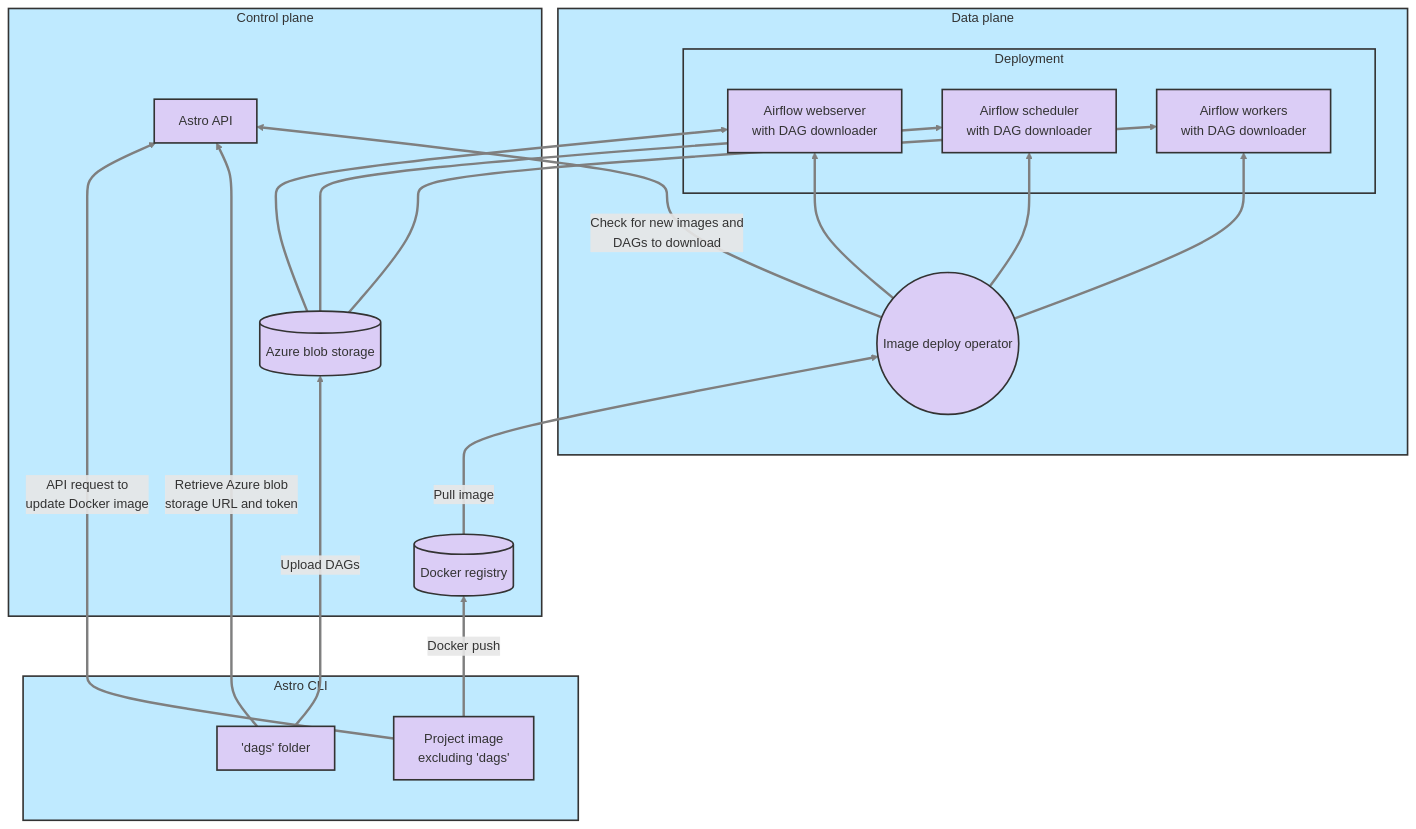
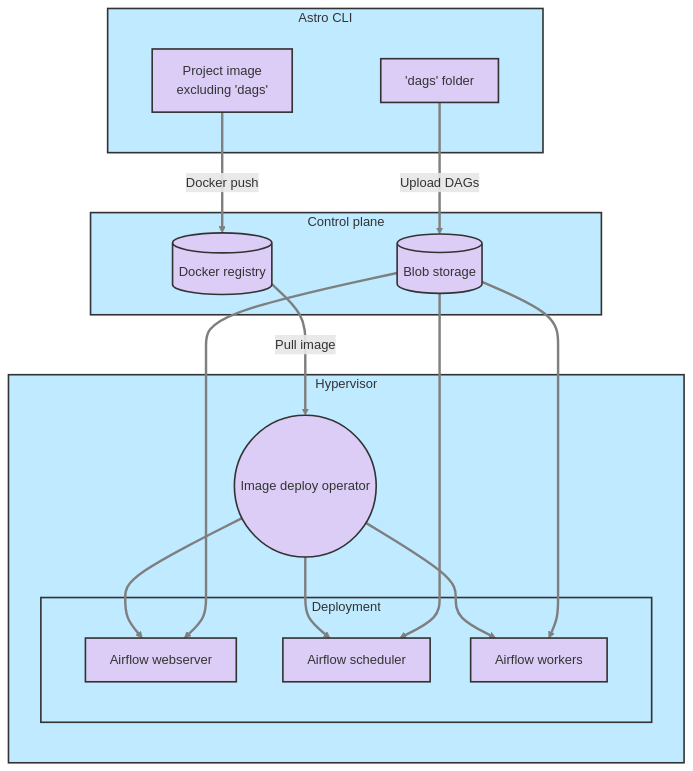
One commit to grahamcarman/docs changed the diagram in astro/deploy-project-image.md. Above: the diagram before and after it, drawn with Mermaid. The commit also changed other lines of this file and 6 other files, not shown here.

Commit message:
Update diagram and enable/ disable description

````diff
--- a/astro/deploy-project-image.md
+++ b/astro/deploy-project-image.md
@@ -106,44 +106,40 @@
 ```mermaid
-flowchart BT;
+flowchart TB;
 classDef subgraph_padding fill:none,stroke:none
 classDef astro fill:#dbcdf6,stroke:#333,stroke-width:2px;
     subgraph AstroCLI[Astro CLI]
     subgraph subgraph_padding1 [ ]
     id10
     id1
     end
     end
     subgraph ControlPlane[Control plane]
-    id9[(Azure blob storage)]:::astro
-    id2[Astro API]:::astro
+    id9[(Blob storage)]:::astro
     id4[(Docker registry)]:::astro
     end
-    subgraph DataPlane ["Data plane"]
+    subgraph DataPlane ["Hypervisor"]
     subgraph subgraph_padding3 [ ]
     id5(("Image deploy operator")):::astro
     subgraph Deployment ["Deployment"]
     subgraph subgraph_padding2 [ ]
-    id6["Airflow webserver </br> with DAG downloader"]:::astro
-    id7["Airflow scheduler </br> with DAG downloader"]:::astro
-    id8["Airflow workers </br> with DAG downloader"]:::astro
+    id6["Airflow webserver"]:::astro
+    id7["Airflow scheduler"]:::astro
+    id8["Airflow workers"]:::astro
     end
     end
     end
     end
-    id1["Project image </br> excluding 'dags'"]:::astro-->|API request to <br/>update Docker image| id2;
     id10["'dags' folder"]:::astro-->|Upload DAGs|id9
-    id10-->|Retrieve Azure blob </br> storage URL and token|id2
-    id1-->|Docker push| id4
+    id1["Project image </br> excluding 'dags'"]:::astro-->|Docker push| id4
     id4-->|Pull image|id5
     id5-->id6 & id7 & id8
-    id5-->|Check for new images and </br> DAGs to download|id2
     id9-->id6 & id7 & id8
     class subgraph_padding3 subgraph_padding
     class subgraph_padding2 subgraph_padding
     class subgraph_padding1 subgraph_padding
-    linkStyle 0,1,2,3,4,5,6,7,8,9,10,11 stroke:#7f7f7f,stroke-width:3px
+    linkStyle 0,1,2,3,4,5,6,7,8 stroke:#7f7f7f,stroke-width:3px
     style ControlPlane fill:#bfeaff,stroke:#333,stroke-width:2px
     style DataPlane fill:#bfeaff,stroke:#333,stroke-width:2px
     style AstroCLI fill:#bfeaff,stroke:#333,stroke-width:2px
     style Deployment fill:#bfeaff,stroke:#333,stroke-width:2px
 ```
````
